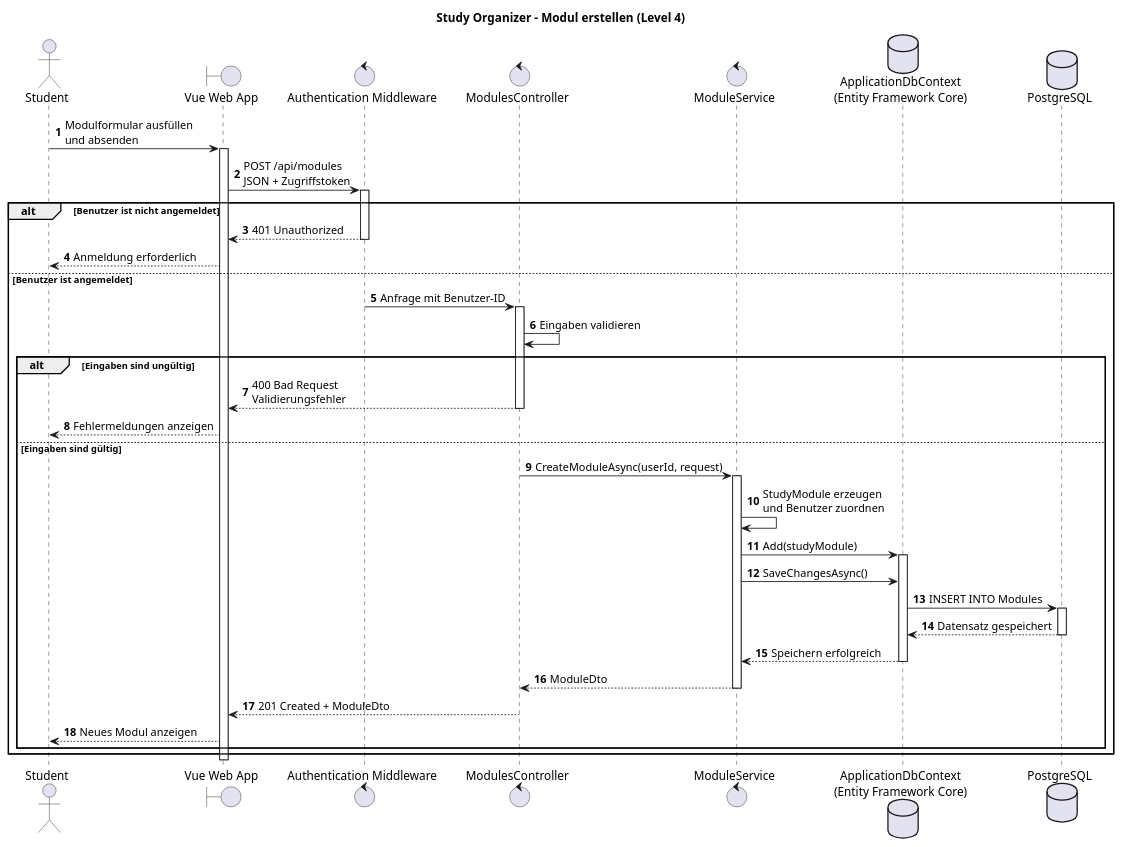
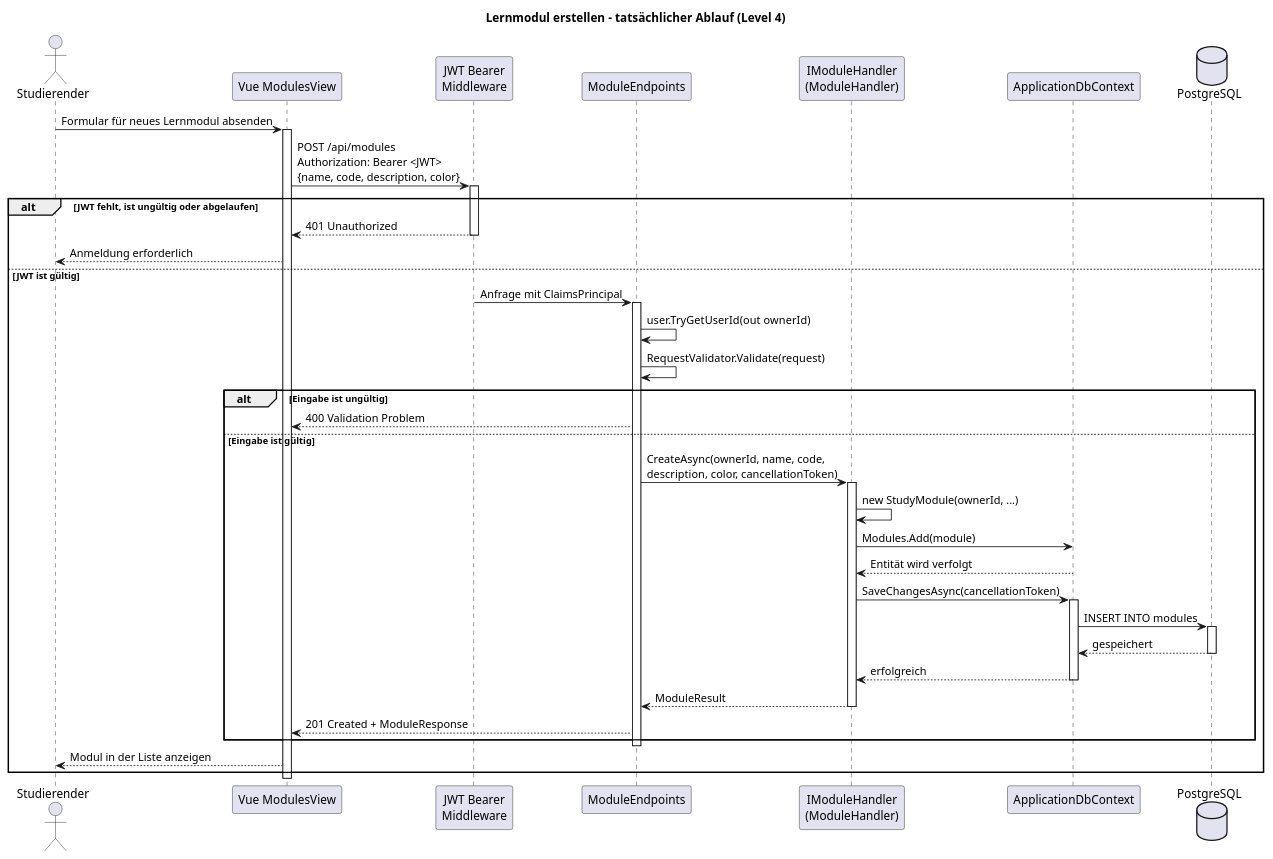
One commit to Saburollah/study-organizer changed the diagram in Docs/diagrams/c4/create-module-sequence.puml. Above: the diagram before and after it, drawn with PlantUML. The commit also changed 11 other files, not shown here.

Commit message:
docs: update project documentation and C4 diagrams (#62)

```diff
--- a/Docs/diagrams/c4/create-module-sequence.puml
+++ b/Docs/diagrams/c4/create-module-sequence.puml
@@ -1,65 +1,54 @@
-@startuml CreateModuleSequence
+@startuml CreateStudyModuleSequence
+title Lernmodul erstellen – tatsächlicher Ablauf (Level 4)
 
-title Study Organizer - Modul erstellen (Level 4)
+actor Studierender
+participant "Vue ModulesView" as Web
+participant "JWT Bearer\nMiddleware" as Auth
+participant "ModuleEndpoints" as Endpoint
+participant "IModuleHandler\n(ModuleHandler)" as Handler
+participant "ApplicationDbContext" as DbContext
+database PostgreSQL as Database
 
-autonumber
-
-actor Student
-boundary "Vue Web App" as WebApp
-control "Authentication Middleware" as Auth
-control "ModulesController" as Controller
-control "ModuleService" as Service
-database "ApplicationDbContext\n(Entity Framework Core)" as DbContext
-database "PostgreSQL" as Database
-
-Student -> WebApp: Modulformular ausfüllen\nund absenden
-activate WebApp
-
-WebApp -> Auth: POST /api/modules\nJSON + Zugriffstoken
+Studierender -> Web: Formular für neues Lernmodul absenden
+activate Web
+Web -> Auth: POST /api/modules\nAuthorization: Bearer <JWT>\n{name, code, description, color}
 activate Auth
 
-alt Benutzer ist nicht angemeldet
-    Auth --> WebApp: 401 Unauthorized
-    deactivate Auth
-    WebApp --> Student: Anmeldung erforderlich
-else Benutzer ist angemeldet
-    Auth -> Controller: Anfrage mit Benutzer-ID
-    deactivate Auth
-    activate Controller
+alt JWT fehlt, ist ungültig oder abgelaufen
+  Auth --> Web: 401 Unauthorized
+  deactivate Auth
+  Web --> Studierender: Anmeldung erforderlich
+else JWT ist gültig
+  Auth -> Endpoint: Anfrage mit ClaimsPrincipal
+  activate Endpoint
+  Endpoint -> Endpoint: user.TryGetUserId(out ownerId)
+  Endpoint -> Endpoint: RequestValidator.Validate(request)
 
-    Controller -> Controller: Eingaben validieren
+  alt Eingabe ist ungültig
+    Endpoint --> Web: 400 Validation Problem
+  else Eingabe ist gültig
+    Endpoint -> Handler: CreateAsync(ownerId, name, code,\ndescription, color, cancellationToken)
+    activate Handler
+    Handler -> Handler: new StudyModule(ownerId, ...)
+    Handler -> DbContext: Modules.Add(module)
+    DbContext --> Handler: Entität wird verfolgt
+    Handler -> DbContext: SaveChangesAsync(cancellationToken)
+    activate DbContext
+    DbContext -> Database: INSERT INTO modules
+    activate Database
+    Database --> DbContext: gespeichert
+    deactivate Database
+    DbContext --> Handler: erfolgreich
+    deactivate DbContext
+    Handler --> Endpoint: ModuleResult
+    deactivate Handler
+    Endpoint --> Web: 201 Created + ModuleResponse
+  end
 
-    alt Eingaben sind ungültig
-        Controller --> WebApp: 400 Bad Request\nValidierungsfehler
-        deactivate Controller
-        WebApp --> Student: Fehlermeldungen anzeigen
-    else Eingaben sind gültig
-        Controller -> Service: CreateModuleAsync(userId, request)
-        activate Service
-
-        Service -> Service: StudyModule erzeugen\nund Benutzer zuordnen
-        Service -> DbContext: Add(studyModule)
-        activate DbContext
-
-        Service -> DbContext: SaveChangesAsync()
-        DbContext -> Database: INSERT INTO Modules
-        activate Database
-        Database --> DbContext: Datensatz gespeichert
-        deactivate Database
-
-        DbContext --> Service: Speichern erfolgreich
-        deactivate DbContext
-
-        Service --> Controller: ModuleDto
-        deactivate Service
-
-        Controller --> WebApp: 201 Created + ModuleDto
-        deactivate Controller
-
-        WebApp --> Student: Neues Modul anzeigen
-    end
+  deactivate Endpoint
+  deactivate Auth
+  Web --> Studierender: Modul in der Liste anzeigen
 end
 
-deactivate WebApp
-
+deactivate Web
 @enduml
```
